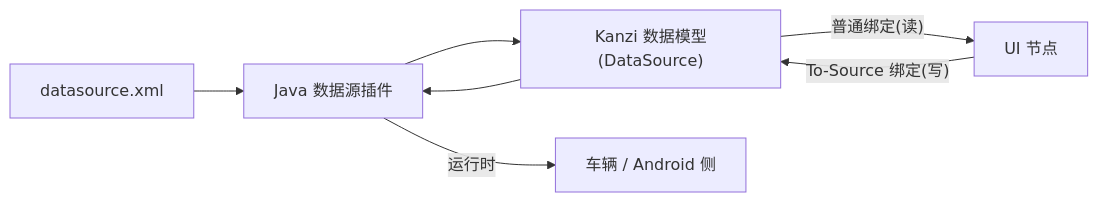
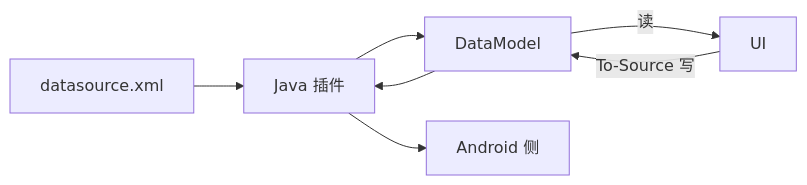
The third of 3 diagrams in docs/architecture.md (ganlong-2016/kanzi_project), drawn with Mermaid before and after one commit. The commit also changed other lines of this file and 12 other files, not shown here.

````diff
--- a/docs/architecture.md
+++ b/docs/architecture.md
@@ -77,9 +83,9 @@
 ```mermaid
 flowchart LR
-    XML["datasource.xml"] --> JPlugin["Java 数据源插件"]
-    JPlugin --> DM["Kanzi 数据模型(DataSource)"]
-    DM -->|"普通绑定(读)"| UI["UI 节点"]
-    UI -->|"To-Source 绑定(写)"| DM
+    XML["datasource.xml"] --> JPlugin["Java 插件"]
+    JPlugin --> DM["DataModel"]
+    DM -->|"读"| UI["UI"]
+    UI -->|"To-Source 写"| DM
     DM --> JPlugin
-    JPlugin -->|运行时| Vehicle["车辆 / Android 侧"]
+    JPlugin --> Vehicle["Android 侧"]
 ```
````
